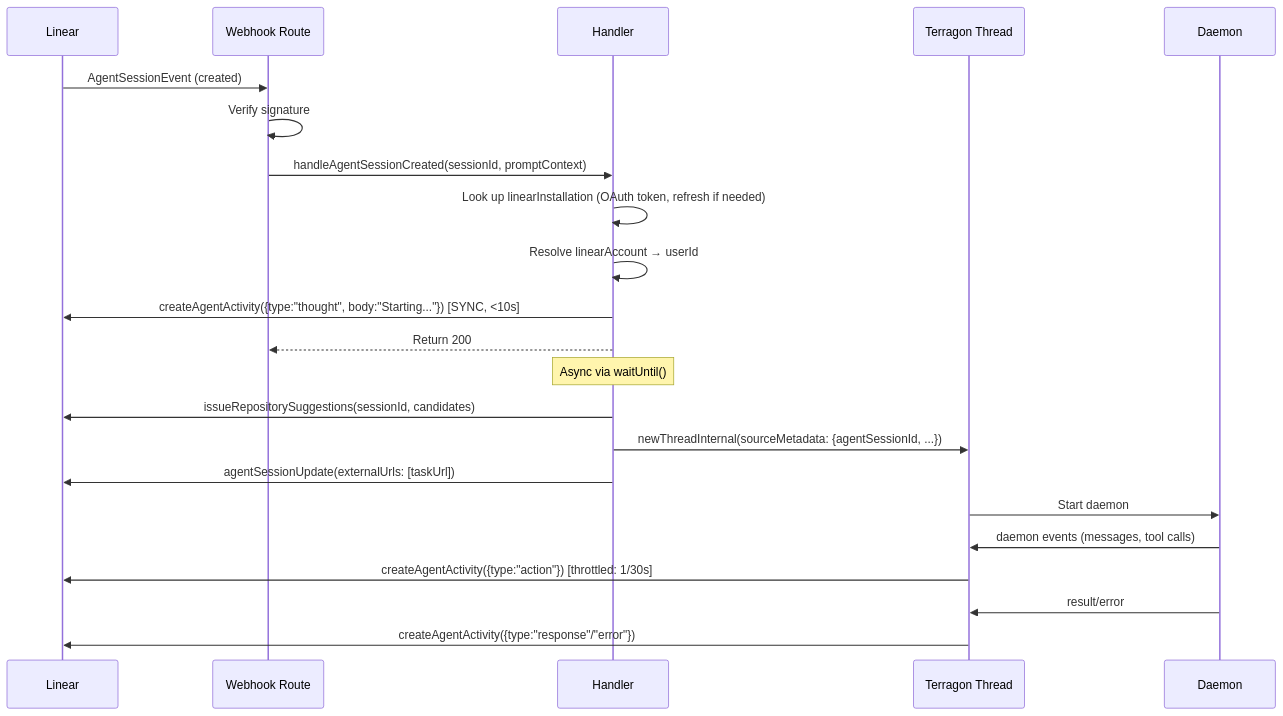
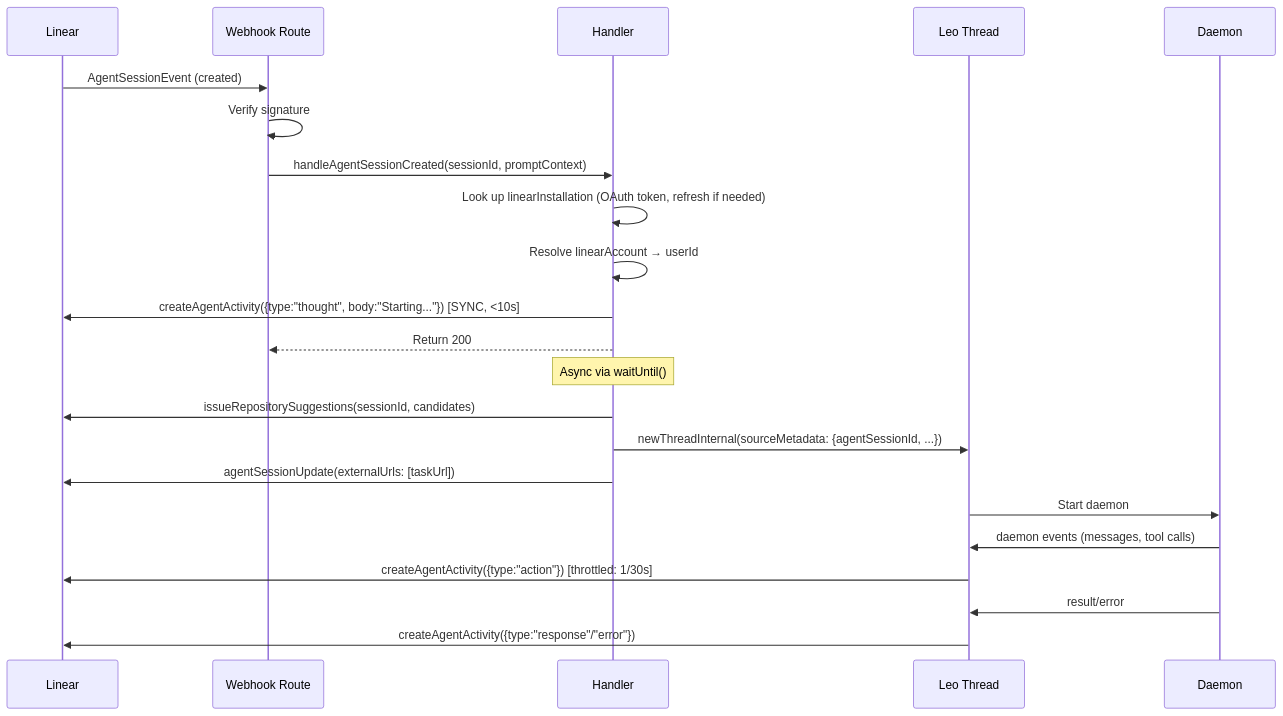
The second of 2 diagrams in .flow/specs/fn-2-upgrade-linear-integration-to-linear.md (enzo-health/terragon-oss), drawn with Mermaid before and after one commit. The commit also changed other lines of this file and 683 other files, not shown here.

````diff
--- a/.flow/specs/fn-2-upgrade-linear-integration-to-linear.md
+++ b/.flow/specs/fn-2-upgrade-linear-integration-to-linear.md
@@ -126,25 +126,25 @@
 ```mermaid
 sequenceDiagram
     participant L as Linear
     participant W as Webhook Route
     participant H as Handler
-    participant T as Terragon Thread
+    participant T as Leo Thread
     participant D as Daemon
 
     L->>W: AgentSessionEvent (created)
     W->>W: Verify signature
     W->>H: handleAgentSessionCreated(sessionId, promptContext)
     H->>H: Look up linearInstallation (OAuth token, refresh if needed)
     H->>H: Resolve linearAccount → userId
     H->>L: createAgentActivity({type:"thought", body:"Starting..."}) [SYNC, <10s]
     H-->>W: Return 200
     Note over H: Async via waitUntil()
     H->>L: issueRepositorySuggestions(sessionId, candidates)
     H->>T: newThreadInternal(sourceMetadata: {agentSessionId, ...})
     H->>L: agentSessionUpdate(externalUrls: [taskUrl])
     T->>D: Start daemon
     D->>T: daemon events (messages, tool calls)
     T->>L: createAgentActivity({type:"action"}) [throttled: 1/30s]
     D->>T: result/error
     T->>L: createAgentActivity({type:"response"/"error"})
 ```
````
